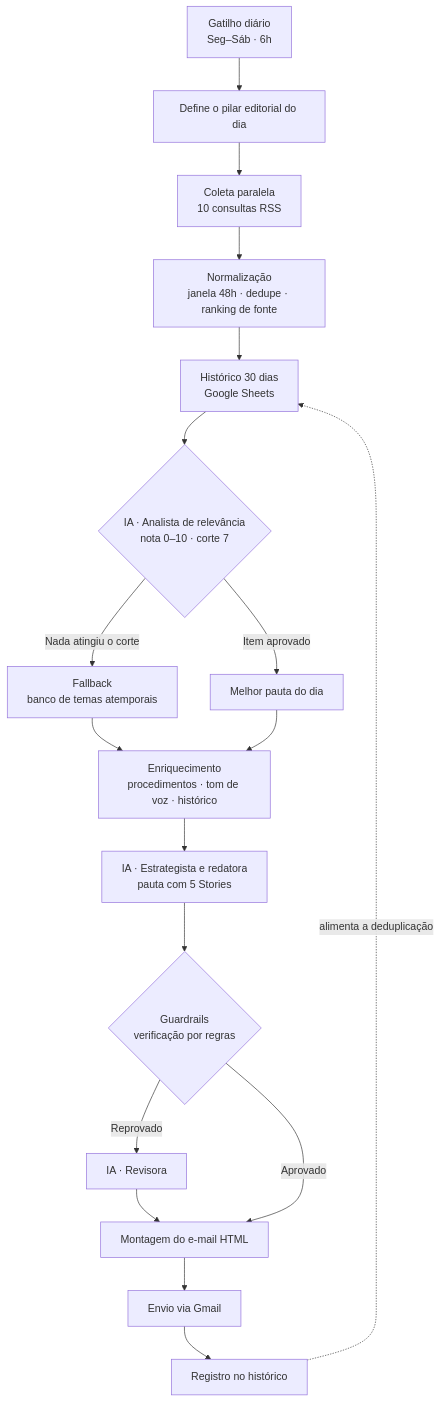
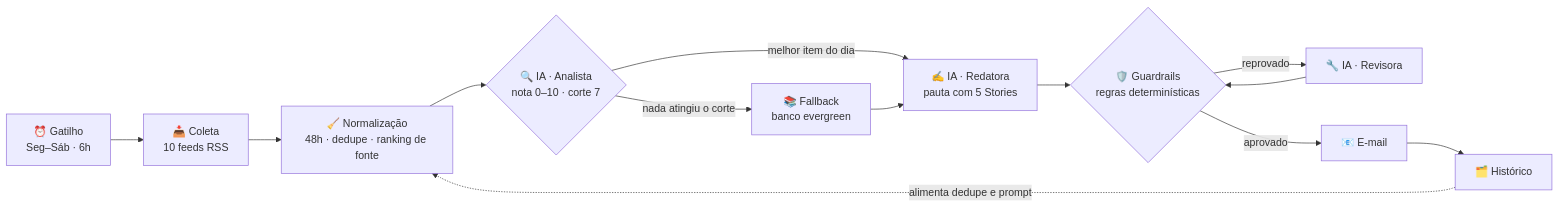
Before and after one commit to Joaofernandes-DEV/GeradordeConteudo: the diagram in README.md, drawn with Mermaid.

Commit message:
fix: compacta diagrama de arquitetura para caber no render do GitHub
O fluxograma vertical de 17 nos era cortado pelo visualizador de Mermaid do GitHub, que usa quadro de altura fixa: so os dois primeiros nos apareciam. Versao horizontal com 11 nos mantem as etapas essenciais (duas camadas de IA, fallback, guardrails com correcao e realimentacao do historico) e cabe na area visivel.

````diff
--- a/README.md
+++ b/README.md
@@ -108,20 +108,15 @@
 ```mermaid
-flowchart TD
-    A["Gatilho diário<br/>Seg–Sáb · 6h"] --> B["Define o pilar editorial do dia"]
-    B --> C["Coleta paralela<br/>10 consultas RSS"]
-    C --> D["Normalização<br/>janela 48h · dedupe · ranking de fonte"]
-    D --> E["Histórico 30 dias<br/>Google Sheets"]
-    E --> F{"IA · Analista de relevância<br/>nota 0–10 · corte 7"}
-    F -->|Nada atingiu o corte| G["Fallback<br/>banco de temas atemporais"]
-    F -->|Item aprovado| H["Melhor pauta do dia"]
-    G --> I
-    H --> I["Enriquecimento<br/>procedimentos · tom de voz · histórico"]
-    I --> J["IA · Estrategista e redatora<br/>pauta com 5 Stories"]
-    J --> K{"Guardrails<br/>verificação por regras"}
-    K -->|Reprovado| L["IA · Revisora"]
-    L --> M
-    K -->|Aprovado| M["Montagem do e-mail HTML"]
-    M --> N["Envio via Gmail"]
-    N --> O["Registro no histórico"]
-    O -.->|alimenta a deduplicação| E
+flowchart LR
+    A["⏰ Gatilho<br/>Seg–Sáb · 6h"] --> B["📥 Coleta<br/>10 feeds RSS"]
+    B --> C["🧹 Normalização<br/>48h · dedupe · ranking de fonte"]
+    C --> D{"🔍 IA · Analista<br/>nota 0–10 · corte 7"}
+    D -->|nada atingiu o corte| E["📚 Fallback<br/>banco evergreen"]
+    D -->|melhor item do dia| F["✍️ IA · Redatora<br/>pauta com 5 Stories"]
+    E --> F
+    F --> G{"🛡️ Guardrails<br/>regras determinísticas"}
+    G -->|reprovado| H["🔧 IA · Revisora"]
+    H --> G
+    G -->|aprovado| I["📧 E-mail"]
+    I --> J["🗂️ Histórico"]
+    J -.->|alimenta dedupe e prompt| C
 ```
````
